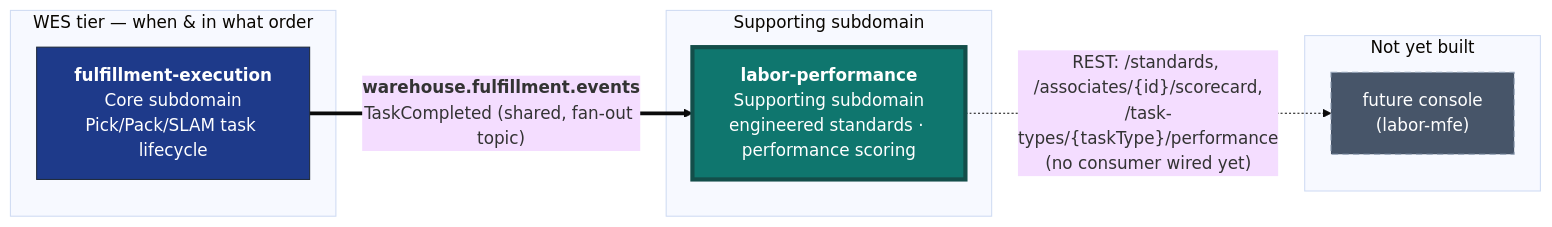
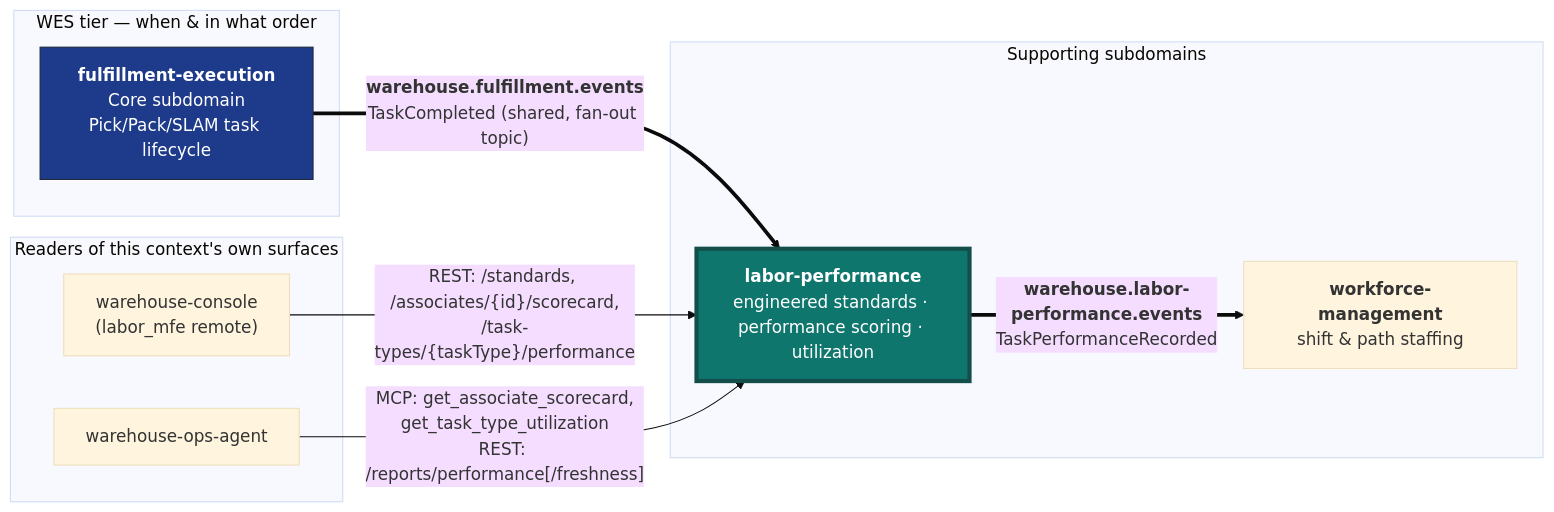
One commit to claudioed/labor-performance changed the diagram in docs/docs/ecosystem/context-map.md. Above: the diagram before and after it, drawn with Mermaid (base theme). The commit also changed other lines of this file and 10 other files, not shown here.

````diff
--- a/docs/docs/ecosystem/context-map.md
+++ b/docs/docs/ecosystem/context-map.md
@@ -16,24 +18,26 @@
 ```mermaid
 flowchart LR
     subgraph WES["WES tier — when &amp; in what order"]
         FE["<b>fulfillment-execution</b><br/>Core subdomain<br/>Pick/Pack/SLAM task lifecycle"]
     end
 
-    subgraph SUPP["Supporting subdomain"]
-        LP["<b>labor-performance</b><br/>Supporting subdomain<br/>engineered standards · performance scoring"]
+    subgraph SUPP["Supporting subdomains"]
+        LP["<b>labor-performance</b><br/>engineered standards · performance scoring · utilization"]
+        WFM["<b>workforce-management</b><br/>shift &amp; path staffing"]
     end
 
-    subgraph FUTURE["Not yet built"]
-        CONSOLE["future console<br/>(labor-mfe)"]
+    subgraph READERS["Readers of this context's own surfaces"]
+        CONSOLE["warehouse-console<br/>(labor_mfe remote)"]
+        AGENT["warehouse-ops-agent"]
     end
 
     FE ==>|"<b>warehouse.fulfillment.events</b><br/>TaskCompleted (shared, fan-out topic)"| LP
-    LP -.->|"REST: /standards, /associates/{id}/scorecard,<br/>/task-types/{taskType}/performance<br/>(no consumer wired yet)"| CONSOLE
+    LP ==>|"<b>warehouse.labor-performance.events</b><br/>TaskPerformanceRecorded"| WFM
+    CONSOLE -->|"REST: /standards, /associates/{id}/scorecard,<br/>/task-types/{taskType}/performance"| LP
+    AGENT -->|"MCP: get_associate_scorecard,<br/>get_task_type_utilization<br/>REST: /reports/performance[/freshness]"| LP
 
     classDef core fill:#1e3a8a,stroke:#1e293b,color:#fff;
     classDef this fill:#0f766e,stroke:#134e4a,color:#fff,stroke-width:4px;
-    classDef future fill:#475569,stroke:#94a3b8,color:#fff,stroke-dasharray: 6 4;
     class FE core;
     class LP this;
-    class CONSOLE future;
 ```
````
